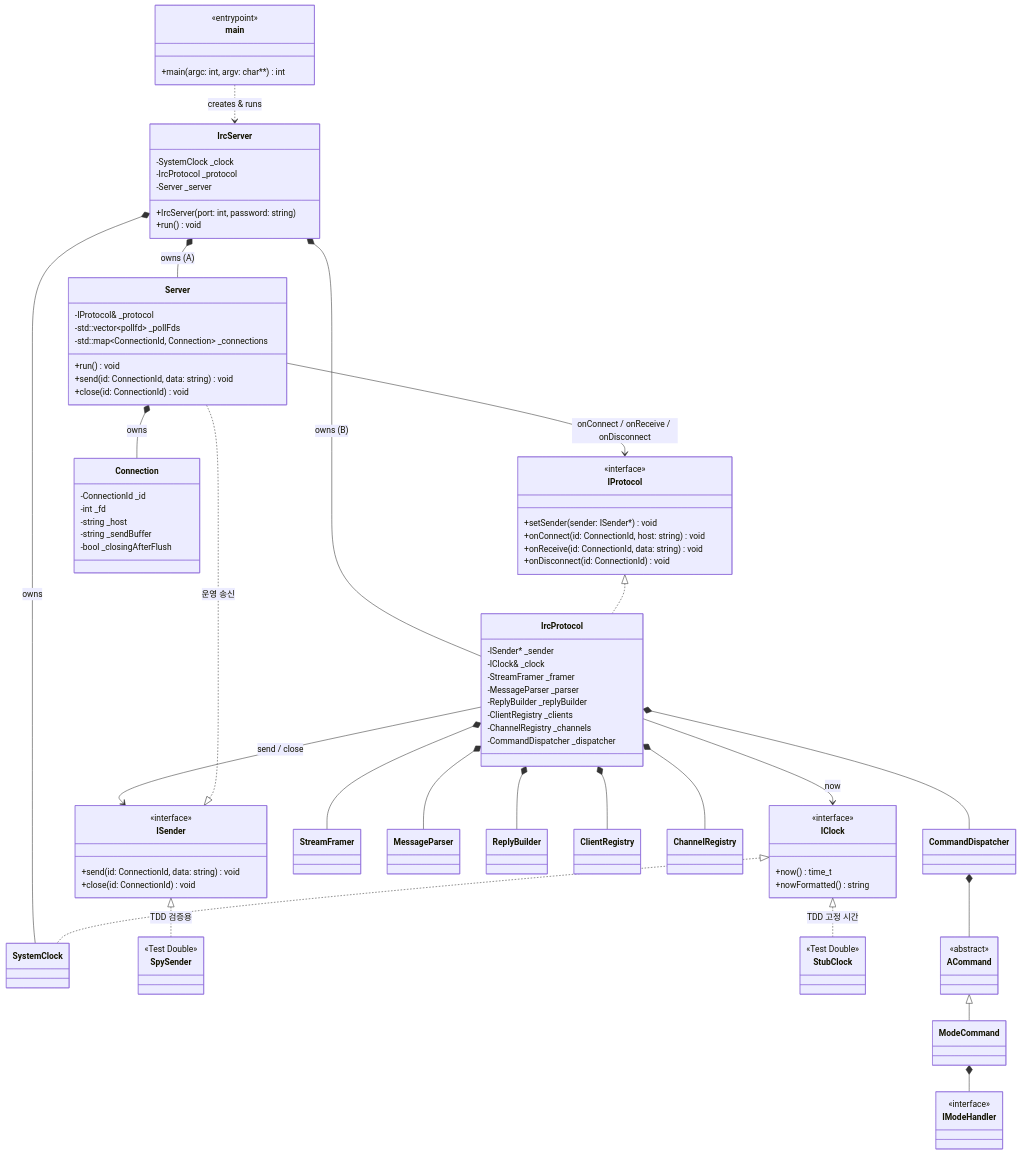
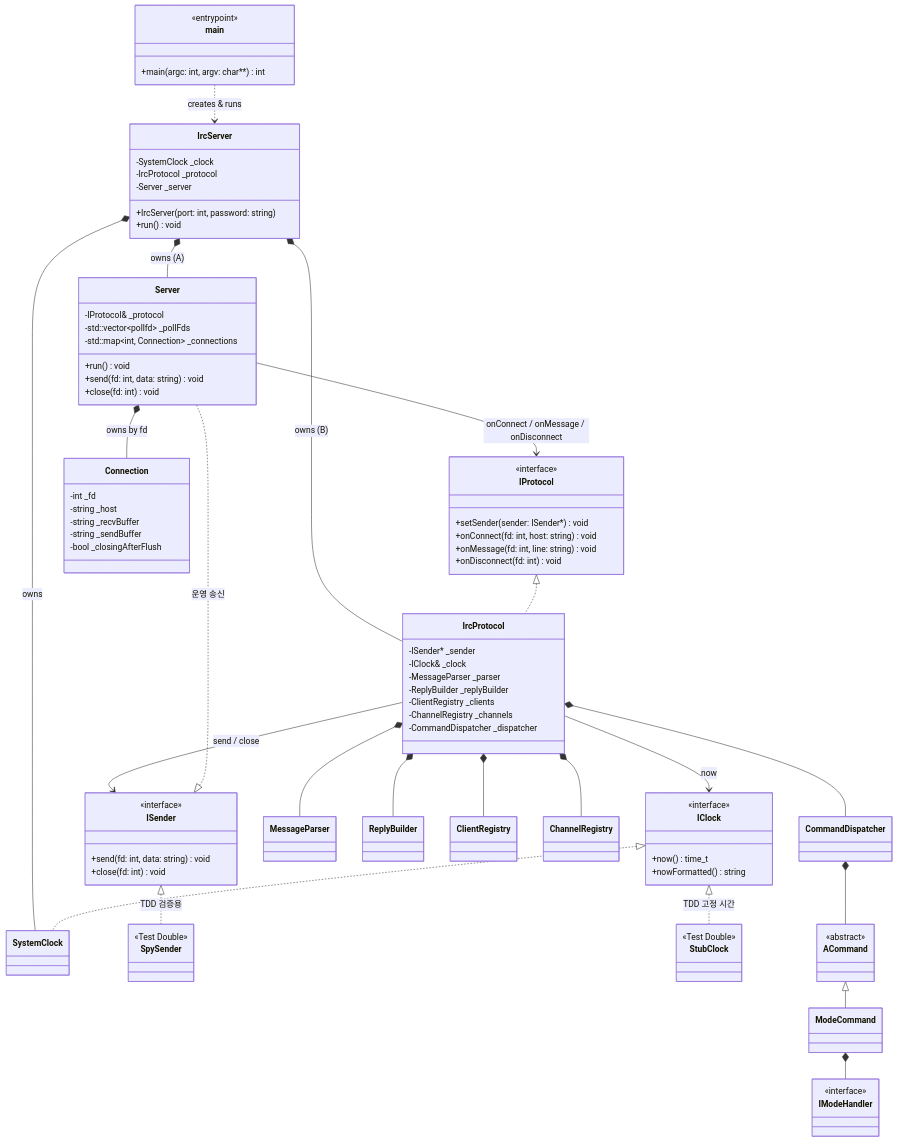
Before and after one commit to jinwoki2/ft_irc: the fifth of 6 diagrams in docs/ARCHITECTURE_AND_SPRINT.md, drawn with Mermaid. The commit also changed other lines of this file and 1 other file, not shown here.

```diff
--- a/docs/ARCHITECTURE_AND_SPRINT.md
+++ b/docs/ARCHITECTURE_AND_SPRINT.md
@@ -594,16 +632,16 @@
 
     class ISender {
         <<interface>>
-        +send(id: ConnectionId, data: string) void
-        +close(id: ConnectionId) void
+        +send(fd: int, data: string) void
+        +close(fd: int) void
     }
 
     class IProtocol {
         <<interface>>
         +setSender(sender: ISender*) void
-        +onConnect(id: ConnectionId, host: string) void
-        +onReceive(id: ConnectionId, data: string) void
-        +onDisconnect(id: ConnectionId) void
+        +onConnect(fd: int, host: string) void
+        +onMessage(fd: int, line: string) void
+        +onDisconnect(fd: int) void
     }
 
     class IClock {
@@ -615,16 +653,16 @@
     class Server {
         -IProtocol& _protocol
         -std::vector~pollfd~ _pollFds
-        -std::map~ConnectionId, Connection~ _connections
+        -std::map~int, Connection~ _connections
         +run() void
-        +send(id: ConnectionId, data: string) void
-        +close(id: ConnectionId) void
+        +send(fd: int, data: string) void
+        +close(fd: int) void
     }
 
     class Connection {
-        -ConnectionId _id
         -int _fd
         -string _host
+        -string _recvBuffer
         -string _sendBuffer
         -bool _closingAfterFlush
     }
@@ -640,7 +678,6 @@
     class IrcProtocol {
         -ISender* _sender
         -IClock& _clock
-        -StreamFramer _framer
         -MessageParser _parser
         -ReplyBuilder _replyBuilder
         -ClientRegistry _clients
@@ -648,7 +685,6 @@
         -CommandDispatcher _dispatcher
     }
 
-    class StreamFramer
     class MessageParser
     class ReplyBuilder
     class ClientRegistry
@@ -672,12 +708,11 @@
     IClock <|.. SystemClock
     IClock <|.. StubClock : TDD 고정 시간
 
-    Server *-- Connection : owns
-    Server --> IProtocol : onConnect / onReceive / onDisconnect
+    Server *-- Connection : owns by fd
+    Server --> IProtocol : onConnect / onMessage / onDisconnect
     IrcProtocol --> ISender : send / close
     IrcProtocol --> IClock : now
 
-    IrcProtocol *-- StreamFramer
     IrcProtocol *-- MessageParser
     IrcProtocol *-- ReplyBuilder
     IrcProtocol *-- ClientRegistry
```
